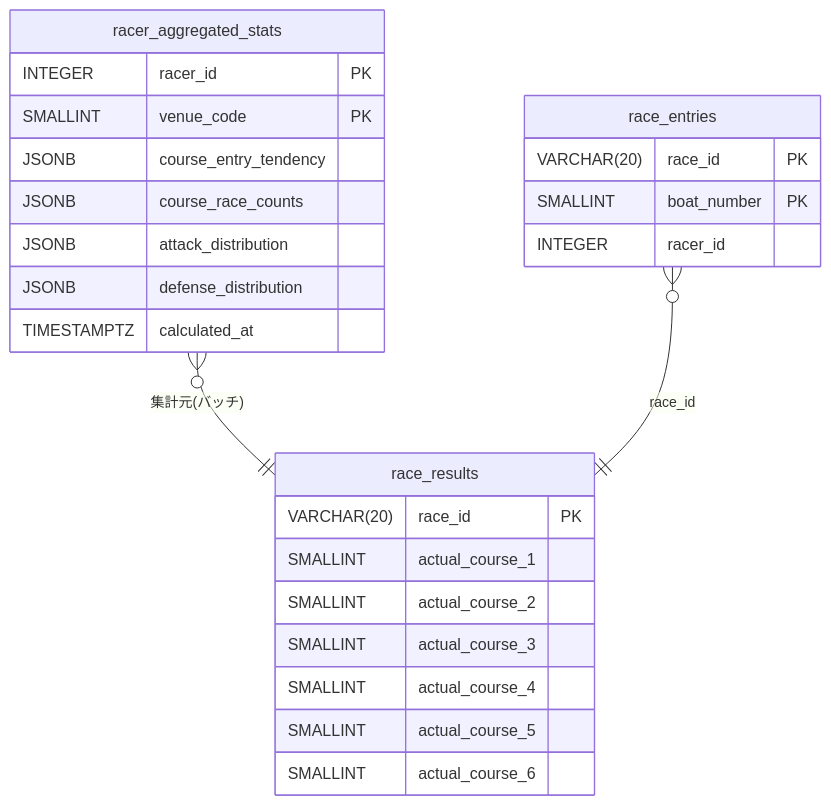
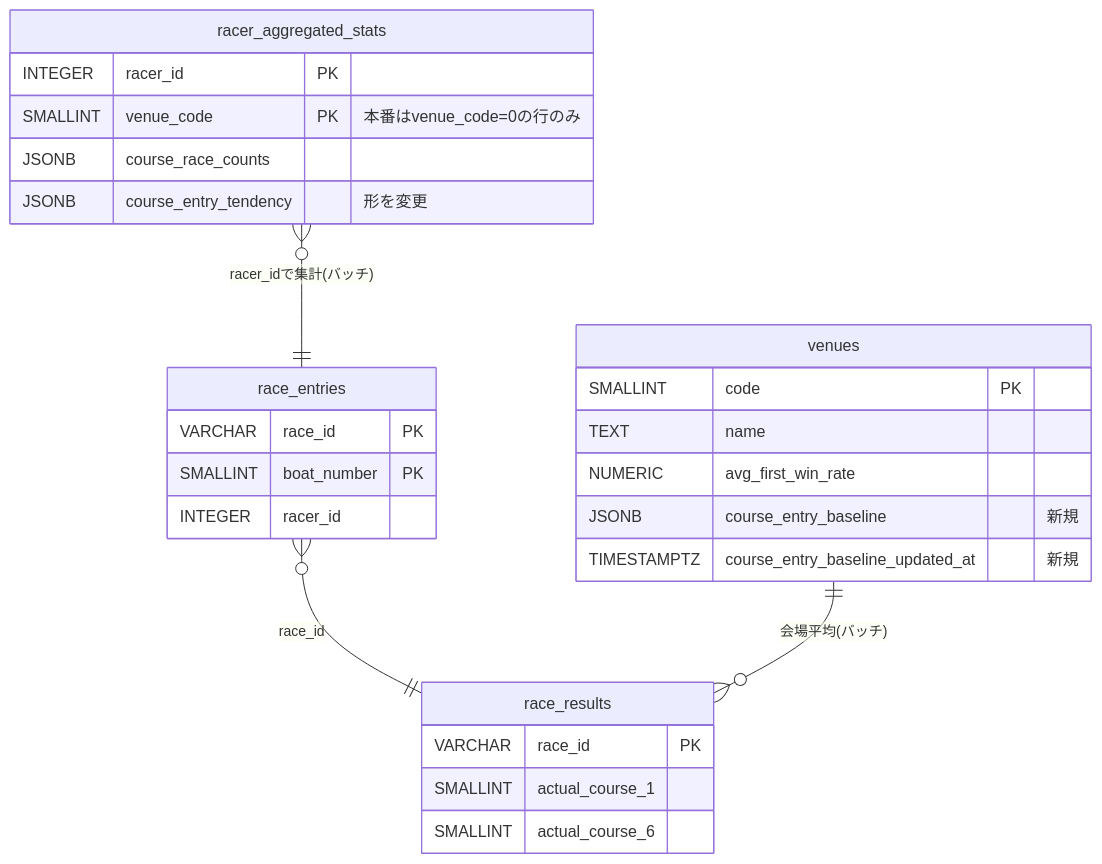
The second of 2 diagrams in docs/design/course-entry-tendency-rework/plan.md (rhapsody0919/boatrace-ai-predictor), drawn with Mermaid before and after one commit. The commit also changed other lines of this file and 6 other files, not shown here.

````diff
--- a/docs/design/course-entry-tendency-rework/plan.md
+++ b/docs/design/course-entry-tendency-rework/plan.md
@@ -51,28 +68,29 @@
 ```mermaid
 erDiagram
+    venues {
+        SMALLINT code PK
+        TEXT name
+        NUMERIC avg_first_win_rate
+        JSONB course_entry_baseline "新規"
+        TIMESTAMPTZ course_entry_baseline_updated_at "新規"
+    }
     racer_aggregated_stats {
         INTEGER racer_id PK
-        SMALLINT venue_code PK
-        JSONB course_entry_tendency
+        SMALLINT venue_code PK "本番はvenue_code=0の行のみ"
         JSONB course_race_counts
-        JSONB attack_distribution
-        JSONB defense_distribution
-        TIMESTAMPTZ calculated_at
+        JSONB course_entry_tendency "形を変更"
     }
     race_results {
-        VARCHAR(20) race_id PK
+        VARCHAR race_id PK
         SMALLINT actual_course_1
-        SMALLINT actual_course_2
-        SMALLINT actual_course_3
-        SMALLINT actual_course_4
-        SMALLINT actual_course_5
         SMALLINT actual_course_6
     }
     race_entries {
-        VARCHAR(20) race_id PK
+        VARCHAR race_id PK
         SMALLINT boat_number PK
         INTEGER racer_id
     }
-    racer_aggregated_stats }o--|| race_results : "集計元(バッチ)"
-    race_entries }o--|| race_results : "race_id"
+    race_entries }o--|| race_results : race_id
+    racer_aggregated_stats }o--|| race_entries : "racer_idで集計(バッチ)"
+    venues ||--o{ race_results : "会場平均(バッチ)"
 ```
````
